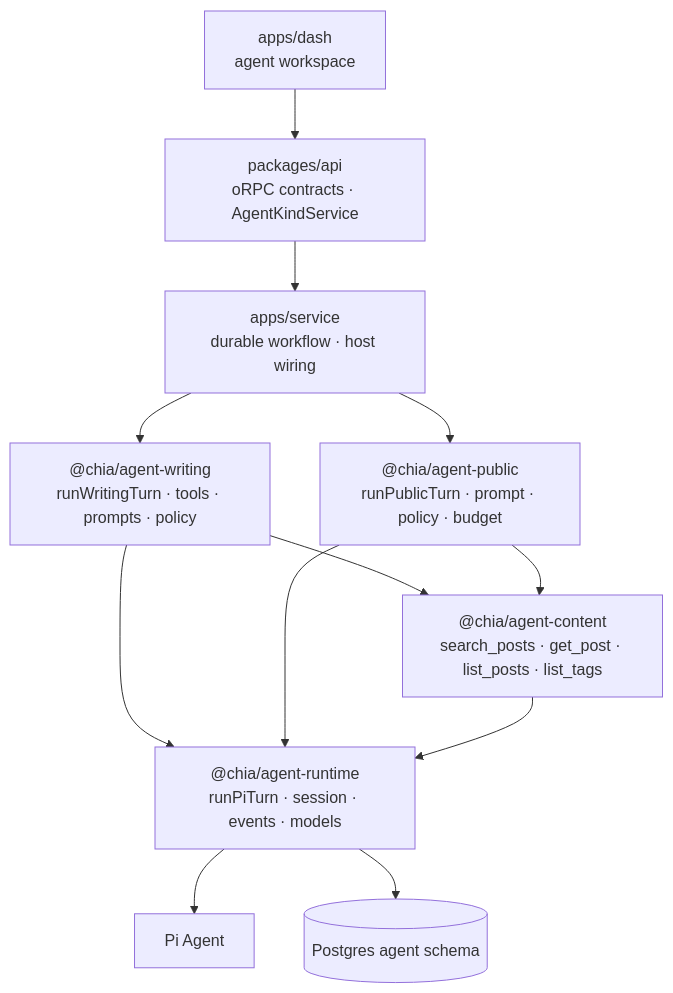
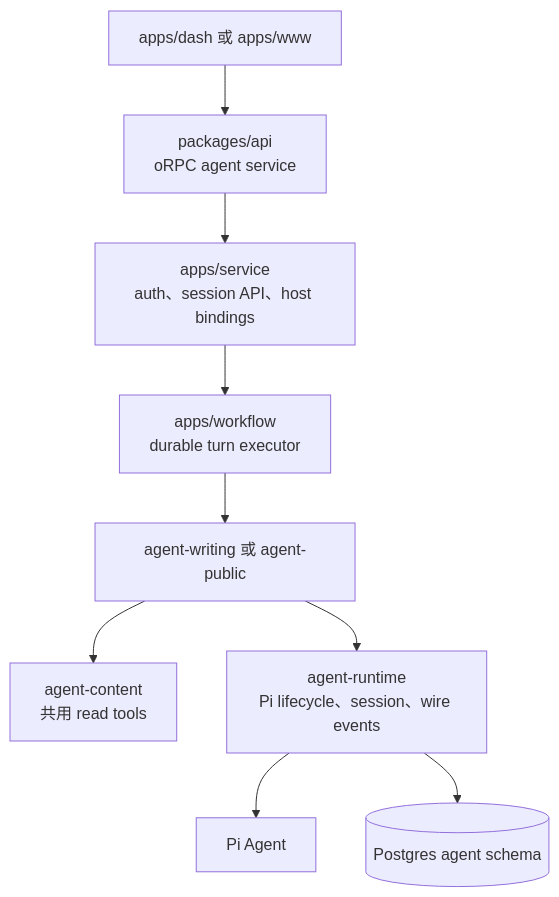
One commit to Chia1104/chia1104.dev changed the first of 3 diagrams in docs/agent-architecture.zh.md. Above: the diagram before and after it, drawn with Mermaid. The commit also changed other lines of this file and 4 other files, not shown here.

````diff
--- a/docs/agent-architecture.zh.md
+++ b/docs/agent-architecture.zh.md
@@ -24,14 +22,11 @@
 ```mermaid
 flowchart TB
-    dash["apps/dash<br/>agent workspace"] --> api["packages/api<br/>oRPC contracts · AgentKindService"]
-    api --> service["apps/service<br/>durable workflow · host wiring"]
-    service --> writing["@chia/agent-writing<br/>runWritingTurn · tools · prompts · policy"]
-    service --> public["@chia/agent-public<br/>runPublicTurn · prompt · policy · budget"]
-    writing --> content["@chia/agent-content<br/>search_posts · get_post · list_posts · list_tags"]
-    public --> content
-    writing --> runtime["@chia/agent-runtime<br/>runPiTurn · session · events · models"]
-    public --> runtime
-    content --> runtime
-    runtime --> pi["Pi Agent"]
-    runtime --> pg[("Postgres agent schema")]
+    UI[apps/dash 或 apps/www] --> API[packages/api<br/>oRPC agent service]
+    API --> SVC[apps/service<br/>auth、session API、host bindings]
+    SVC --> WF[apps/workflow<br/>durable turn executor]
+    WF --> KIND[agent-writing 或 agent-public]
+    KIND --> CONTENT[agent-content<br/>共用 read tools]
+    KIND --> RUNTIME[agent-runtime<br/>Pi lifecycle、session、wire events]
+    RUNTIME --> PI[Pi Agent]
+    RUNTIME --> PG[(Postgres agent schema)]
 ```
````
